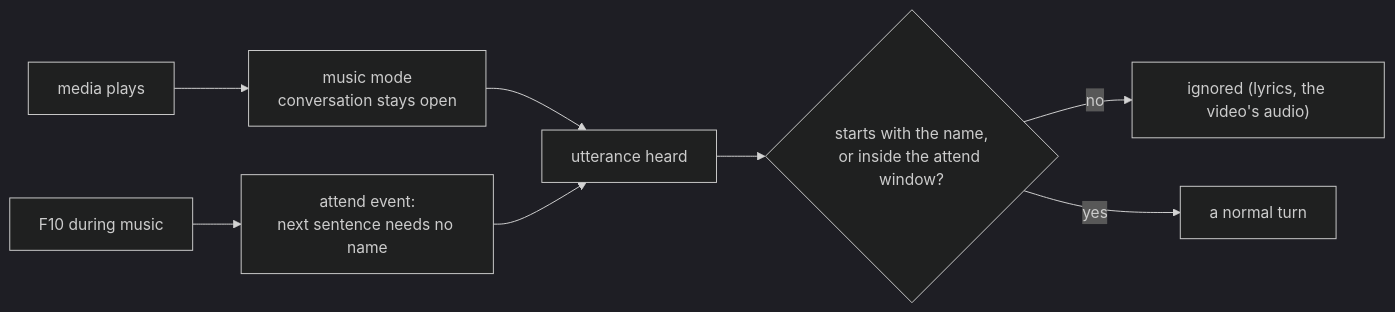
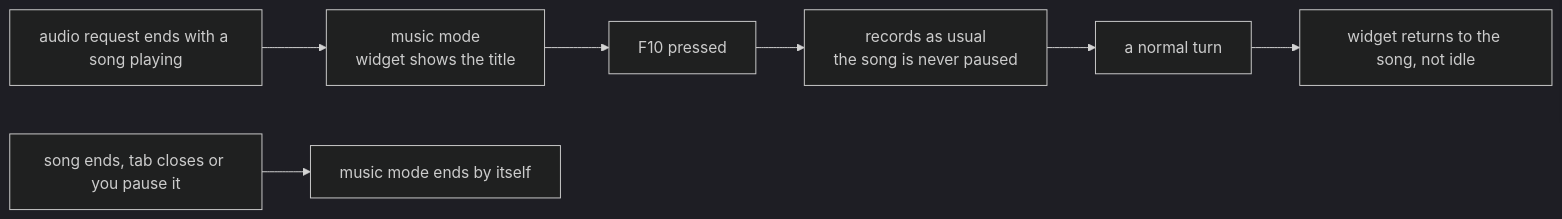
One commit to siddh30/prometheus-voice-control changed the tenth of 14 diagrams in DESIGN.md. Above: the diagram before and after it, drawn with Mermaid (dark theme). The commit also changed other lines of this file and 44 other files, not shown here.

````diff
--- a/DESIGN.md
+++ b/DESIGN.md
@@ -361,10 +346,9 @@
 ```mermaid
 flowchart LR
-    SONG["media plays"] --> MODE["music mode<br/>conversation stays open"]
-    MODE --> HEAR["utterance heard"]
-    HEAR --> NAME{"starts with the name,<br/>or inside the attend window?"}
-    NAME -- no --> IGN["ignored (lyrics, the video's audio)"]
-    NAME -- yes --> TURN["a normal turn"]
-    KEY["F10 during music"] --> ATT["attend event:<br/>next sentence needs no name"]
-    ATT --> HEAR
+    SONG["audio request ends with a song playing"] --> MODE["music mode<br/>widget shows the title"]
+    MODE --> KEY["F10 pressed"]
+    KEY --> REC["records as usual<br/>the song is never paused"]
+    REC --> TURN["a normal turn"]
+    TURN --> BACK["widget returns to the song, not idle"]
+    ENDED["song ends, tab closes or you pause it"] --> OUT["music mode ends by itself"]
 ```
````
